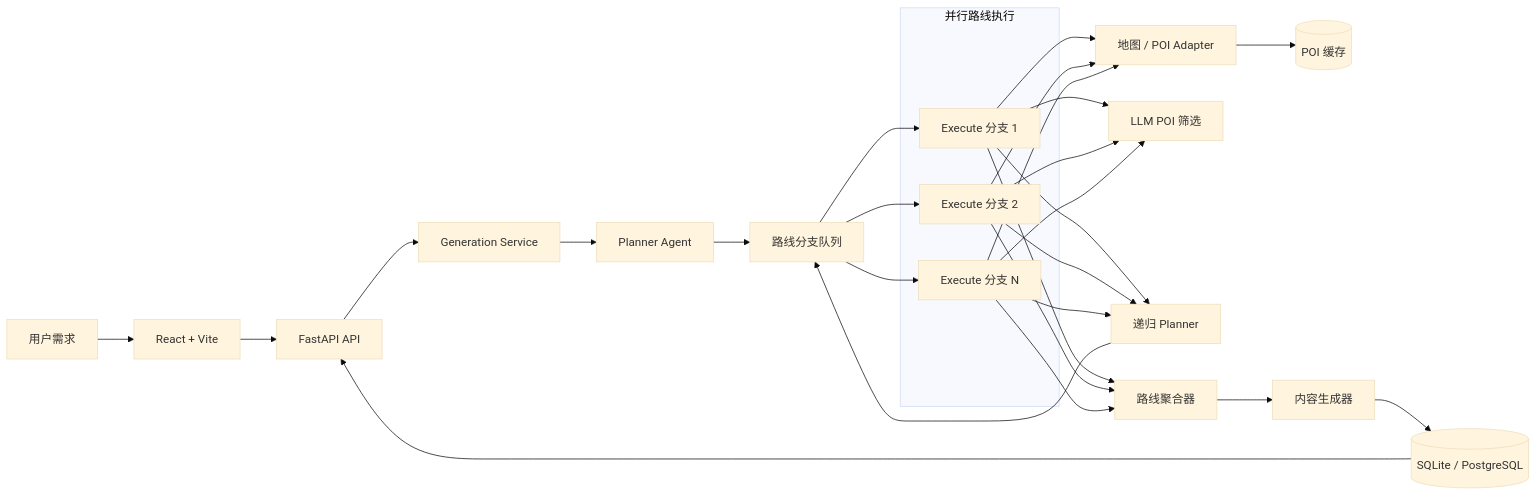
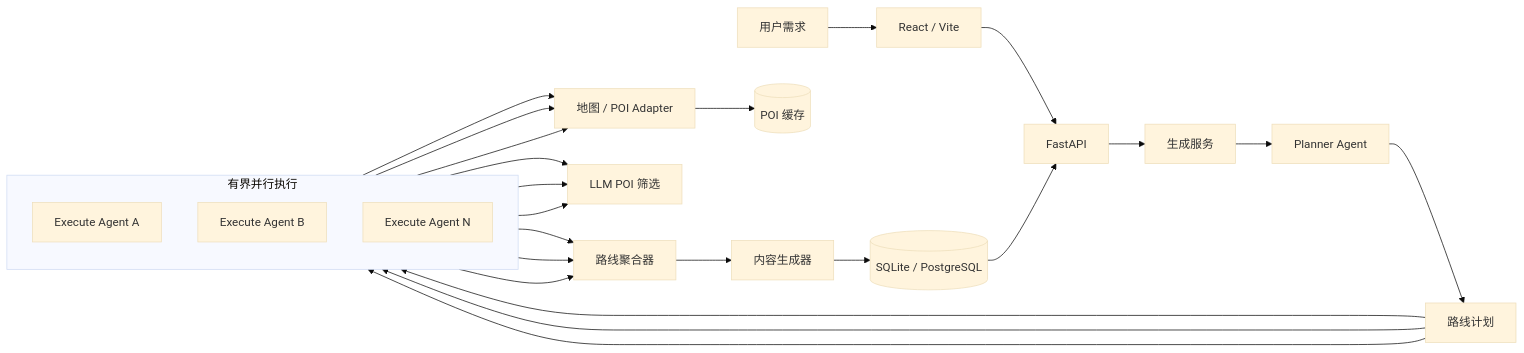
One commit to lianyixin/citycity-agent changed the first of 2 diagrams in README_CN.md. Above: the diagram before and after it, drawn with Mermaid (base theme). The commit also changed other lines of this file and 6 other files, not shown here.

````diff
--- a/README_CN.md
+++ b/README_CN.md
@@ -83,38 +88,34 @@
 ```mermaid
 flowchart LR
-    U[用户需求] --> W[React + Vite]
-    W --> API[FastAPI API]
-    API --> G[Generation Service]
-    G --> P[Planner Agent]
-    P --> B[路线分支队列]
+    U["用户需求"] --> FE["React / Vite"]
+    FE --> API["FastAPI"]
+    API --> G["生成服务"]
+    G --> P["Planner Agent"]
+    P --> Q["路线计划"]
 
-    B --> E1[Execute 分支 1]
-    B --> E2[Execute 分支 2]
-    B --> EN[Execute 分支 N]
-
-    subgraph 并行路线执行
-      E1
-      E2
-      EN
+    subgraph EXEC["有界并行执行"]
+        direction TB
+        E1["Execute Agent A"]
+        E2["Execute Agent B"]
+        EN["Execute Agent N"]
     end
 
-    E1 --> M[地图 / POI Adapter]
+    Q --> E1
+    Q --> E2
+    Q --> EN
+
+    E1 --> M["地图 / POI Adapter"]
     E2 --> M
     EN --> M
-    E1 --> L[LLM POI 筛选]
+    E1 --> L["LLM POI 筛选"]
     E2 --> L
     EN --> L
 
-    M --> C[(POI 缓存)]
-    E1 --> R[递归 Planner]
-    E2 --> R
-    EN --> R
-    R --> B
-
-    E1 --> A[路线聚合器]
+    M --> C[("POI 缓存")]
+    E1 --> A["路线聚合器"]
     E2 --> A
     EN --> A
-    A --> X[内容生成器]
-    X --> DB[(SQLite / PostgreSQL)]
+    A --> X["内容生成器"]
+    X --> DB[("SQLite / PostgreSQL")]
     DB --> API
 ```
````
